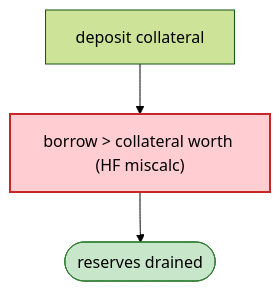
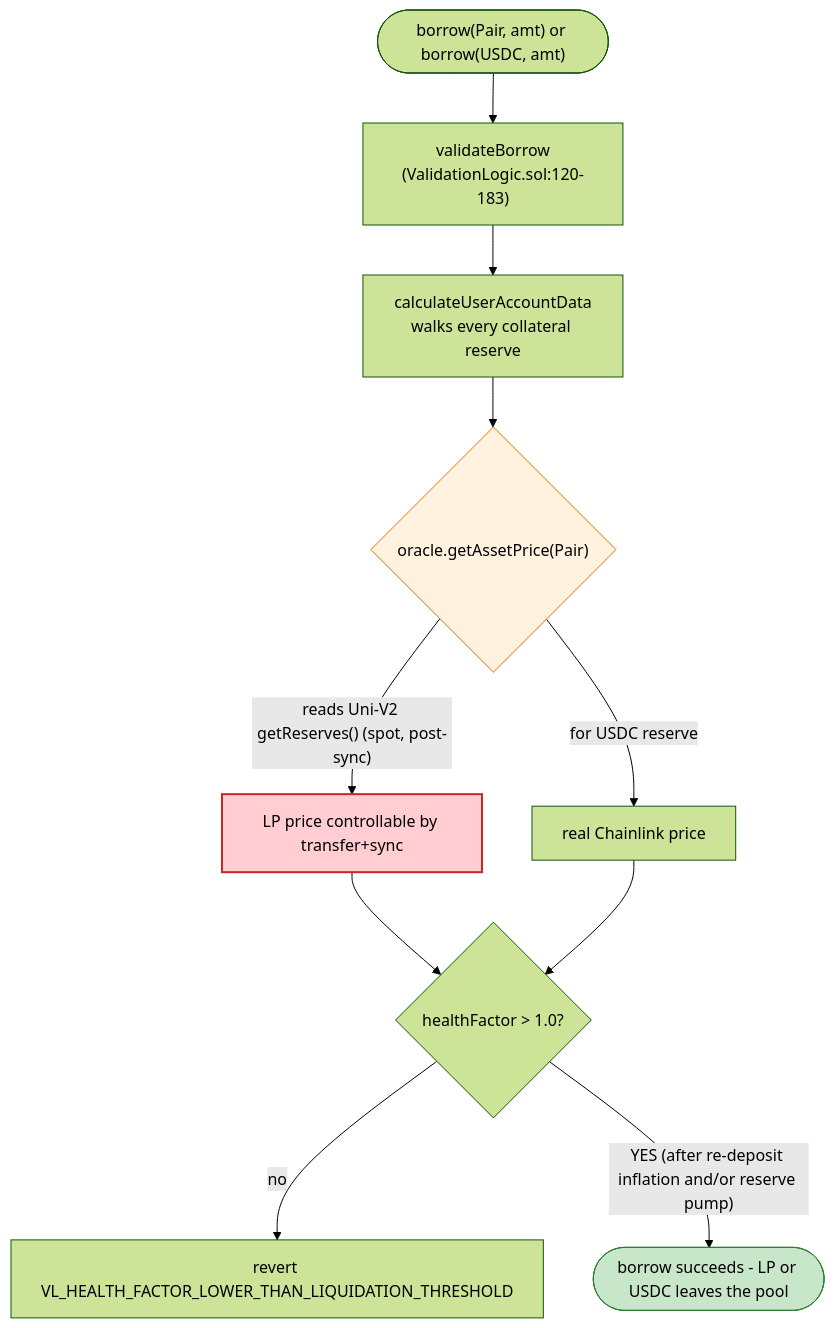
The third of 4 diagrams in 2023-01-RoeFinance_exp/RoeFinance_exp.md (sanbir/evm-hack-registry), drawn with Mermaid (forest theme) before and after one commit. The commit also changed other lines of this file and 52 other files, not shown here.

````diff
--- a/2023-01-RoeFinance_exp/RoeFinance_exp.md
+++ b/2023-01-RoeFinance_exp/RoeFinance_exp.md
@@ -39,8 +380,16 @@
 ```mermaid
 flowchart TD
-    D["deposit collateral"] --> B["borrow > collateral worth (HF miscalc)"]
-    B --> OUT(["reserves drained"])
+    Start(["borrow(Pair, amt) or borrow(USDC, amt)"]) --> Val["validateBorrow<br/>(ValidationLogic.sol:120-183)"]
+    Val --> Calc["calculateUserAccountData<br/>walks every collateral reserve"]
+    Calc --> Price{"oracle.getAssetPrice(Pair)"}
+    Price -->|"reads Uni-V2 getReserves() (spot, post-sync)"| Pump["LP price controllable by transfer+sync"]
+    Price -->|"for USDC reserve"| Real["real Chainlink price"]
+    Pump --> HF{"healthFactor > 1.0?"}
+    Real --> HF
+    HF -- "no" --> Rev["revert VL_HEALTH_FACTOR_LOWER_THAN_LIQUIDATION_THRESHOLD"]
+    HF -- "YES (after re-deposit inflation and/or reserve pump)" --> Out(["borrow succeeds - LP or USDC leaves the pool"])
 
-    style B fill:#ffcdd2,stroke:#c62828,stroke-width:2px
-    style OUT fill:#c8e6c9,stroke:#2e7d32
+    style Pump fill:#ffcdd2,stroke:#c62828,stroke-width:2px
+    style Out fill:#c8e6c9,stroke:#2e7d32
+    style Price fill:#fff3e0,stroke:#ef6c00
 ```
````
